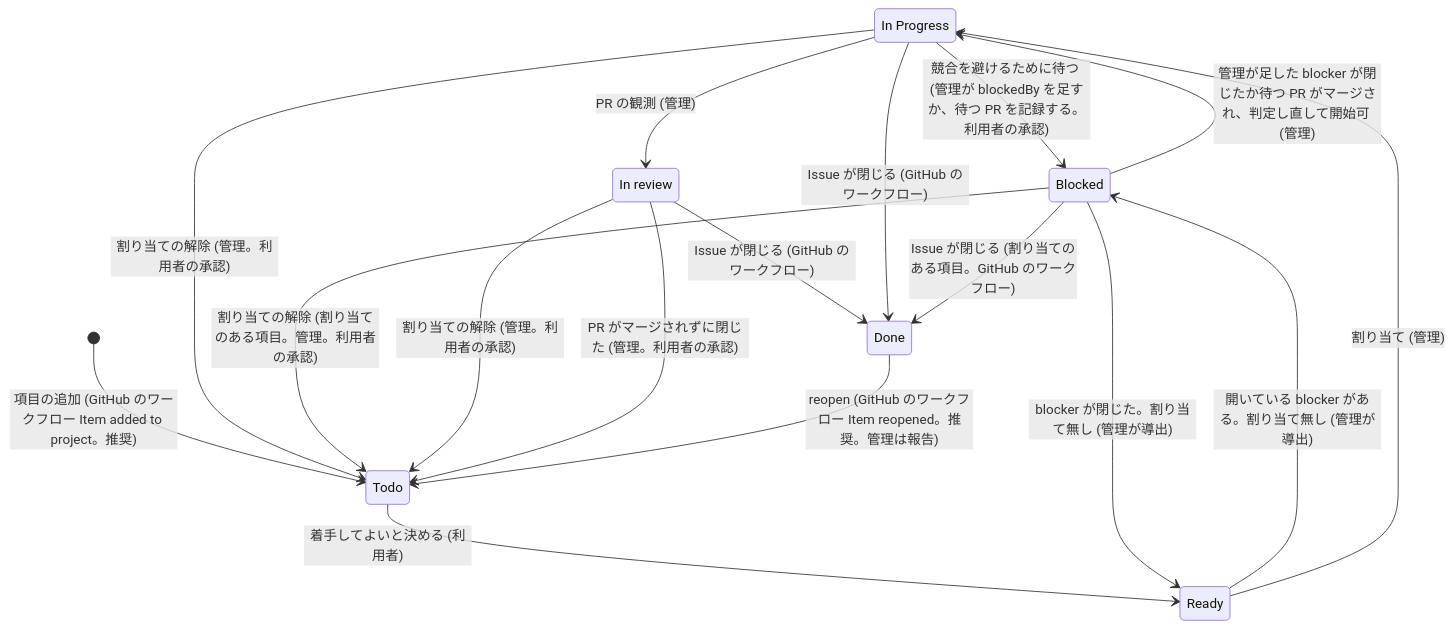
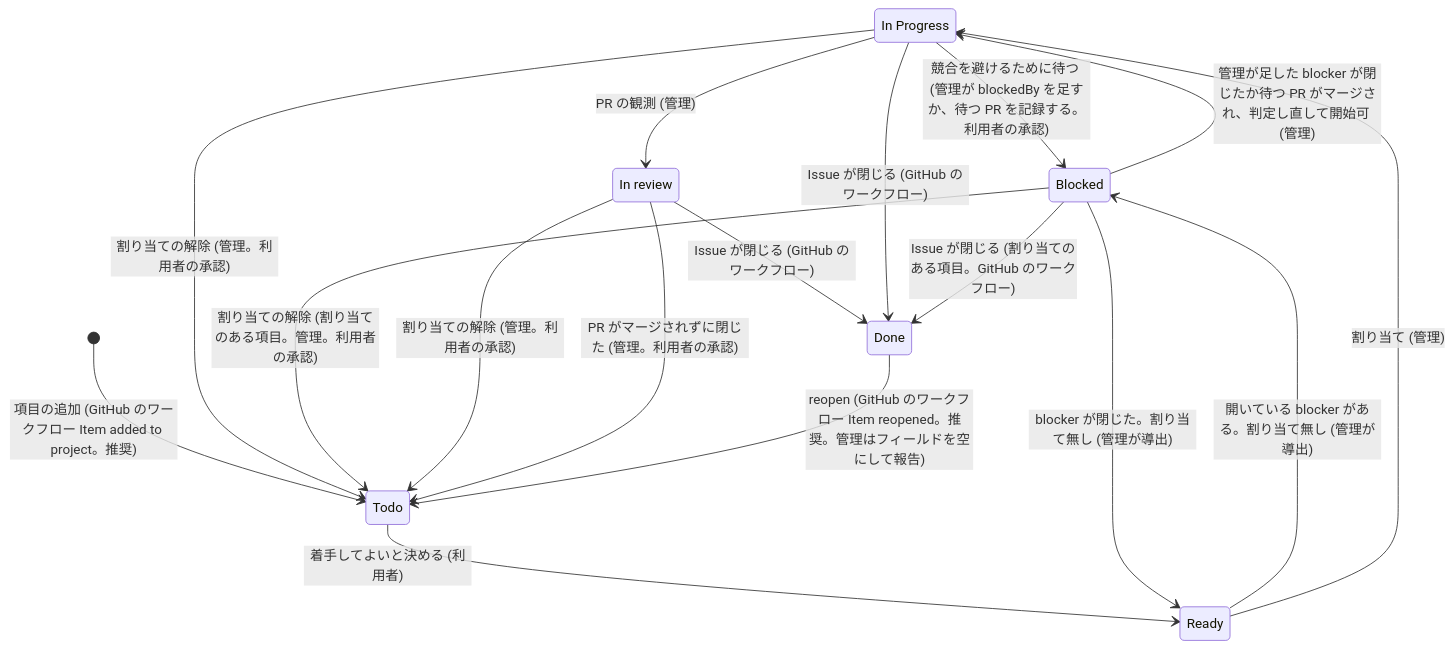
Before and after one commit to akm/claude-plugins: the second of 3 diagrams in docs/plans/2026-10-06-2025-feat-issue-dispatch-plan.md, drawn with Mermaid. The commit also changed other lines of this file, not shown here.

First line of the commit message:
📝 docs(plans): issue-dispatch の計画で、reopen された Issue の割り当てのフィールドを、尋ねずに空にして報告する (#114)

````diff
--- a/docs/plans/2026-10-06-2025-feat-issue-dispatch-plan.md
+++ b/docs/plans/2026-10-06-2025-feat-issue-dispatch-plan.md
@@ -711,21 +716,21 @@
 ```mermaid
 stateDiagram-v2
   state "In Progress" as InProgress
   state "In review" as InReview
   [*] --> Todo: 項目の追加 (GitHub のワークフロー Item added to project。推奨)
   Todo --> Ready: 着手してよいと決める (利用者)
   Ready --> Blocked: 開いている blocker がある。割り当て無し (管理が導出)
   Blocked --> Ready: blocker が閉じた。割り当て無し (管理が導出)
   Ready --> InProgress: 割り当て (管理)
   InProgress --> Blocked: 競合を避けるために待つ (管理が blockedBy を足すか、待つ PR を記録する。利用者の承認)
   Blocked --> InProgress: 管理が足した blocker が閉じたか待つ PR がマージされ、判定し直して開始可 (管理)
   InProgress --> InReview: PR の観測 (管理)
   InReview --> Done: Issue が閉じる (GitHub のワークフロー)
   InProgress --> Done: Issue が閉じる (GitHub のワークフロー)
   Blocked --> Done: Issue が閉じる (割り当てのある項目。GitHub のワークフロー)
   InProgress --> Todo: 割り当ての解除 (管理。利用者の承認)
   Blocked --> Todo: 割り当ての解除 (割り当てのある項目。管理。利用者の承認)
   InReview --> Todo: 割り当ての解除 (管理。利用者の承認)
   InReview --> Todo: PR がマージされずに閉じた (管理。利用者の承認)
-  Done --> Todo: reopen (GitHub のワークフロー Item reopened。推奨。管理は報告)
+  Done --> Todo: reopen (GitHub のワークフロー Item reopened。推奨。管理はフィールドを空にして報告)
 ```
````
